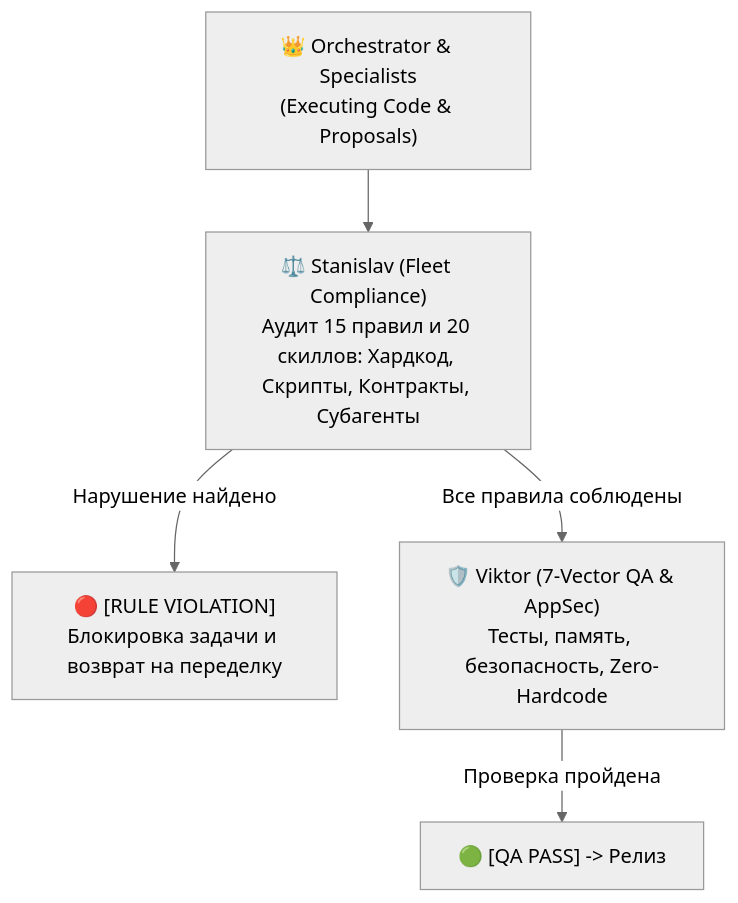
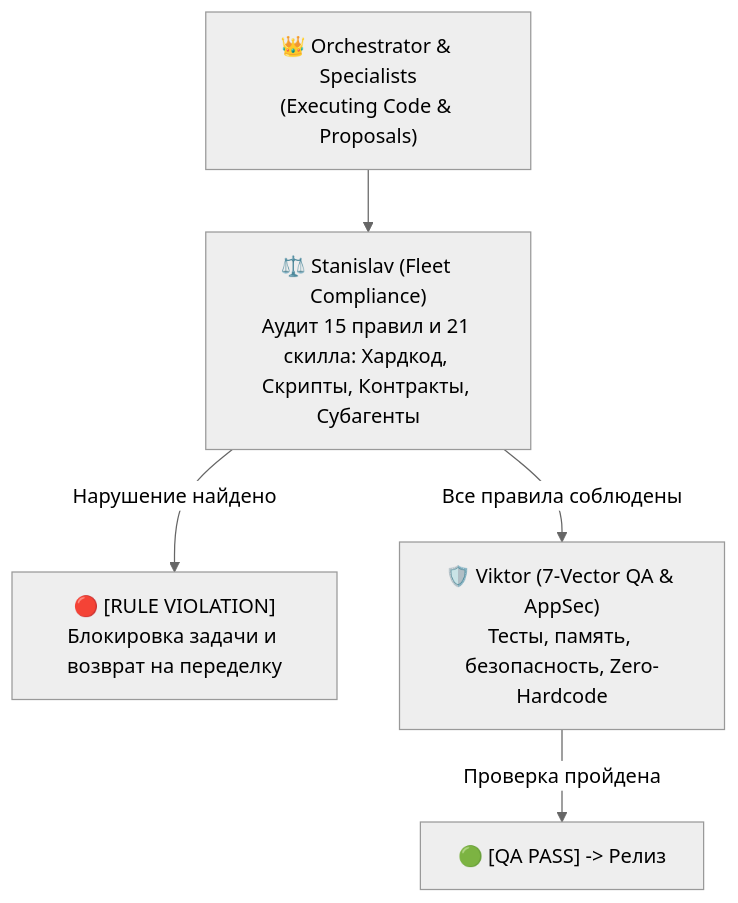
One commit to neon1301/hermes-mode-antigravity changed the diagram in skills/hermes/references/compliance-audit-standards.md. Above: the diagram before and after it, drawn with Mermaid (neutral theme). The commit also changed other lines of this file and 28 other files, not shown here.

````diff
--- a/skills/hermes/references/compliance-audit-standards.md
+++ b/skills/hermes/references/compliance-audit-standards.md
@@ -13,7 +13,7 @@
 ```mermaid
 flowchart TD
-    Lead["👑 Orchestrator & Specialists\n(Executing Code & Proposals)"] --> Auditor["⚖️ Stanislav (Fleet Compliance)\nАудит 15 правил и 20 скиллов: Хардкод, Скрипты, Контракты, Субагенты"]
+    Lead["👑 Orchestrator & Specialists\n(Executing Code & Proposals)"] --> Auditor["⚖️ Stanislav (Fleet Compliance)\nАудит 15 правил и 21 скилла: Хардкод, Скрипты, Контракты, Субагенты"]
     Auditor -->|Нарушение найдено| Reject["🔴 [RULE VIOLATION]\nБлокировка задачи и возврат на переделку"]
     Auditor -->|Все правила соблюдены| QA["🛡️ Viktor (7-Vector QA & AppSec)\nТесты, память, безопасность, Zero-Hardcode"]
     QA -->|Проверка пройдена| Pass["🟢 [QA PASS] -> Релиз"]
 ```
````
